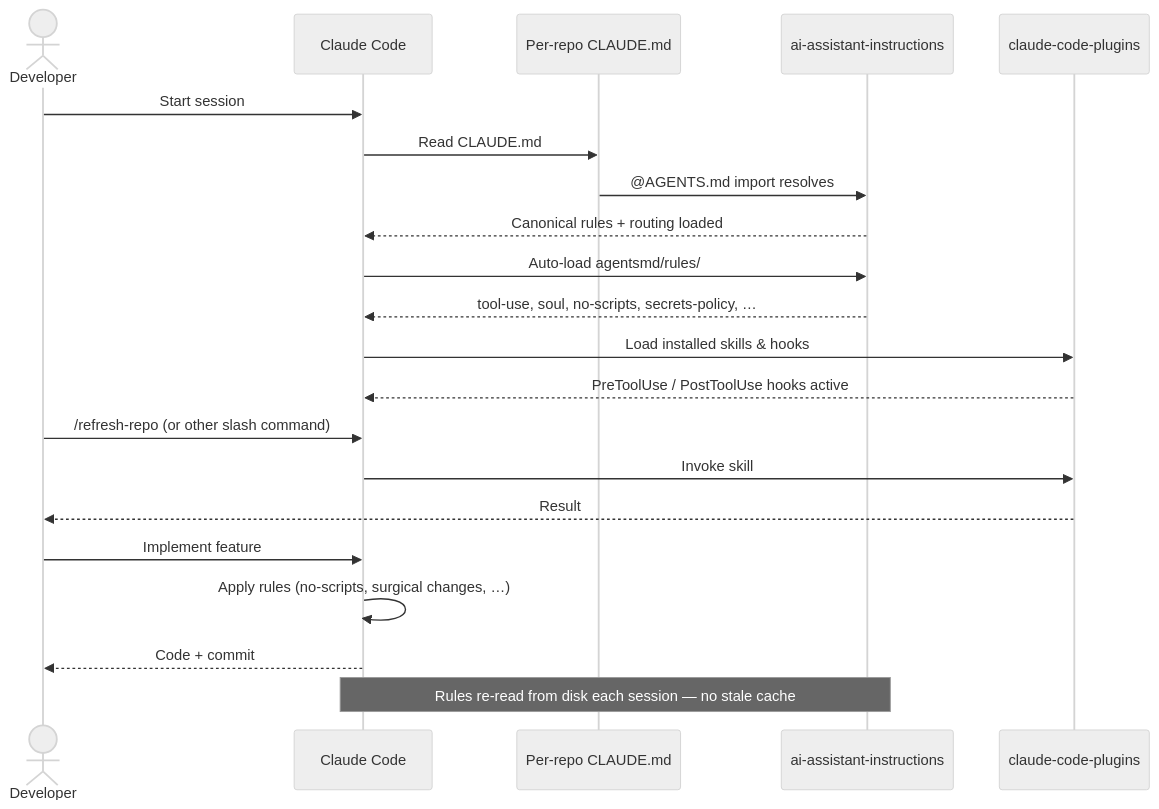
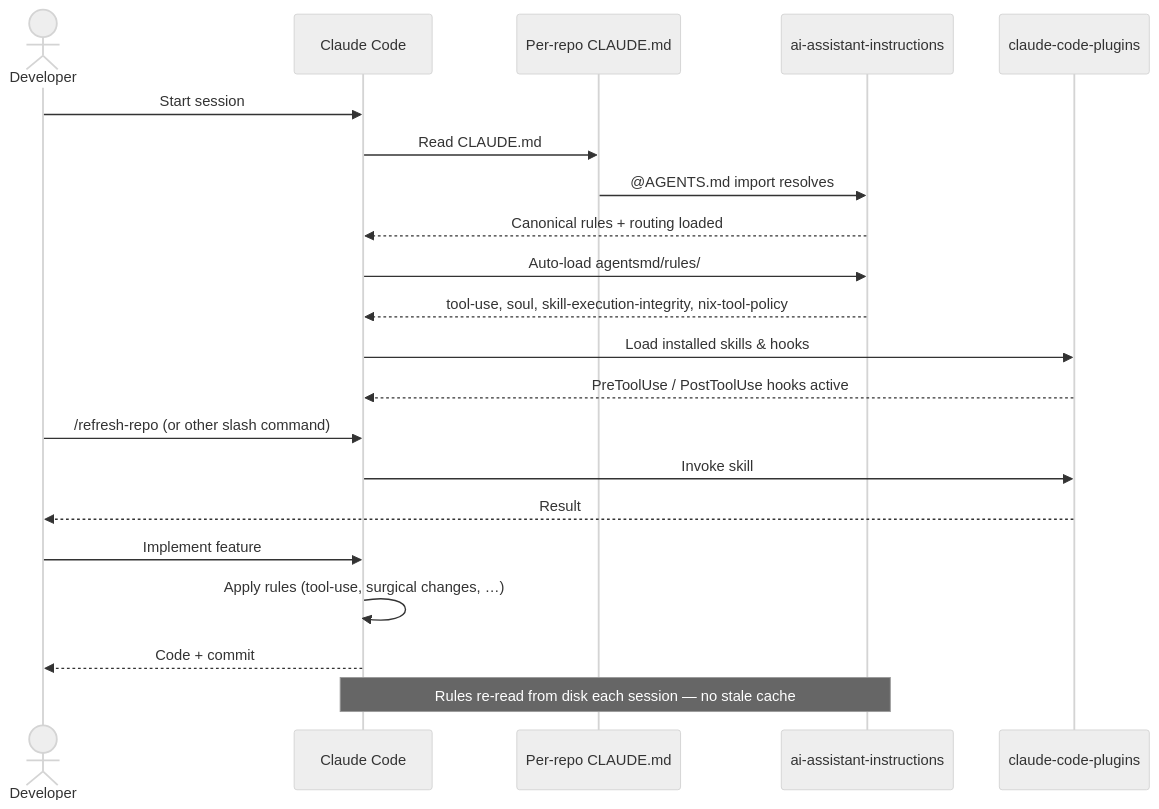
Before and after one commit to dryvist/ai-assistant-instructions: the third of 3 diagrams in docs/diagrams.md, drawn with Mermaid (neutral theme). The commit also changed other lines of this file and 11 other files, not shown here.

````diff
--- a/docs/diagrams.md
+++ b/docs/diagrams.md
@@ -93,27 +93,27 @@
 ```mermaid
 sequenceDiagram
     actor Dev as Developer
     participant CC as Claude Code
     participant Repo as Per-repo CLAUDE.md
     participant AAI as ai-assistant-instructions
     participant Plugins as claude-code-plugins
 
     Dev->>CC: Start session
     CC->>Repo: Read CLAUDE.md
     Repo->>AAI: @AGENTS.md import resolves
     AAI-->>CC: Canonical rules + routing loaded
     CC->>AAI: Auto-load agentsmd/rules/
-    AAI-->>CC: tool-use, soul, no-scripts, secrets-policy, …
+    AAI-->>CC: tool-use, soul, skill-execution-integrity, nix-tool-policy
     CC->>Plugins: Load installed skills & hooks
     Plugins-->>CC: PreToolUse / PostToolUse hooks active
 
     Dev->>CC: /refresh-repo (or other slash command)
     CC->>Plugins: Invoke skill
     Plugins-->>Dev: Result
 
     Dev->>CC: Implement feature
-    CC->>CC: Apply rules (no-scripts, surgical changes, …)
+    CC->>CC: Apply rules (tool-use, surgical changes, …)
     CC-->>Dev: Code + commit
 
     Note over CC,AAI: Rules re-read from disk each session — no stale cache
 ```
````
